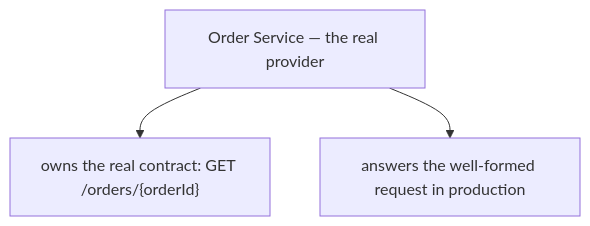
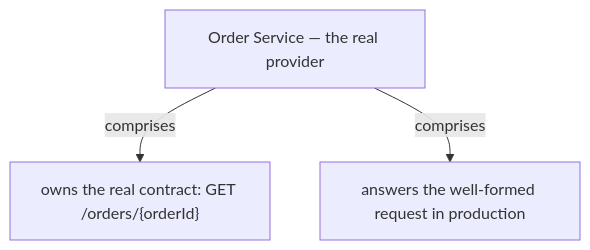
Before and after one commit to vinayakuber/microservices-io-study-guide: the seventh of 13 diagrams in docs/ch26-consumer-side-contract-test.md, drawn with Mermaid. The commit also changed other lines of this file and 71 other files, not shown here.

First line of the commit message:
R18: label every diagram arrow with its meaning

````diff
--- a/docs/ch26-consumer-side-contract-test.md
+++ b/docs/ch26-consumer-side-contract-test.md
@@ -228,6 +228,6 @@
 ```mermaid
 flowchart TD
   R["Order Service — the real provider"]
-  R --> P0["owns the real contract: GET /orders/{orderId}"]
-  R --> P1["answers the well-formed request in production"]
+  R -->|"comprises"| P0["owns the real contract: GET /orders/{orderId}"]
+  R -->|"comprises"| P1["answers the well-formed request in production"]
 ```
````
